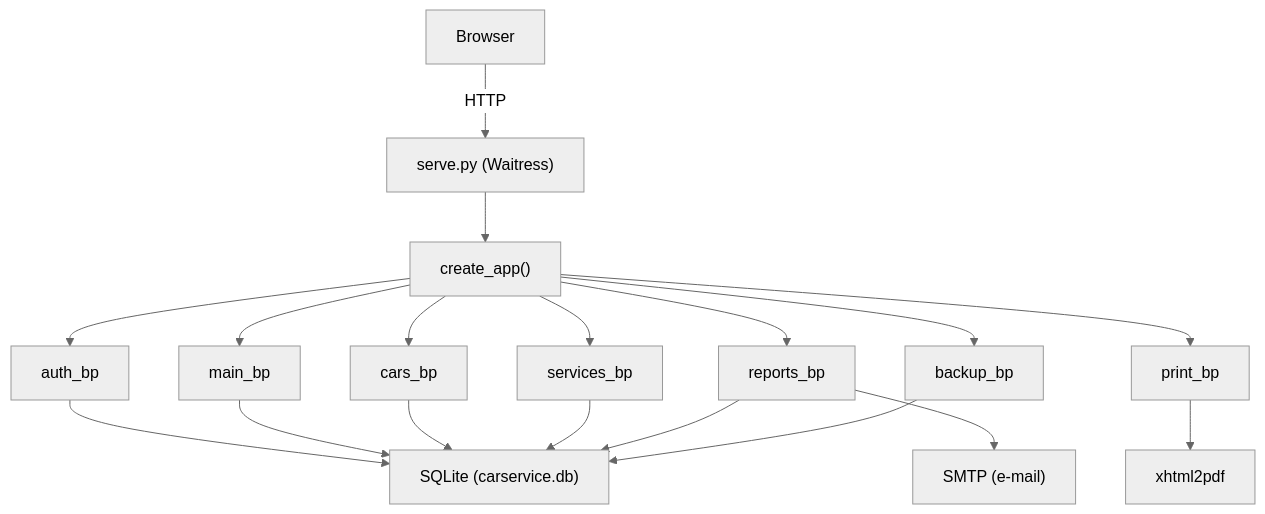
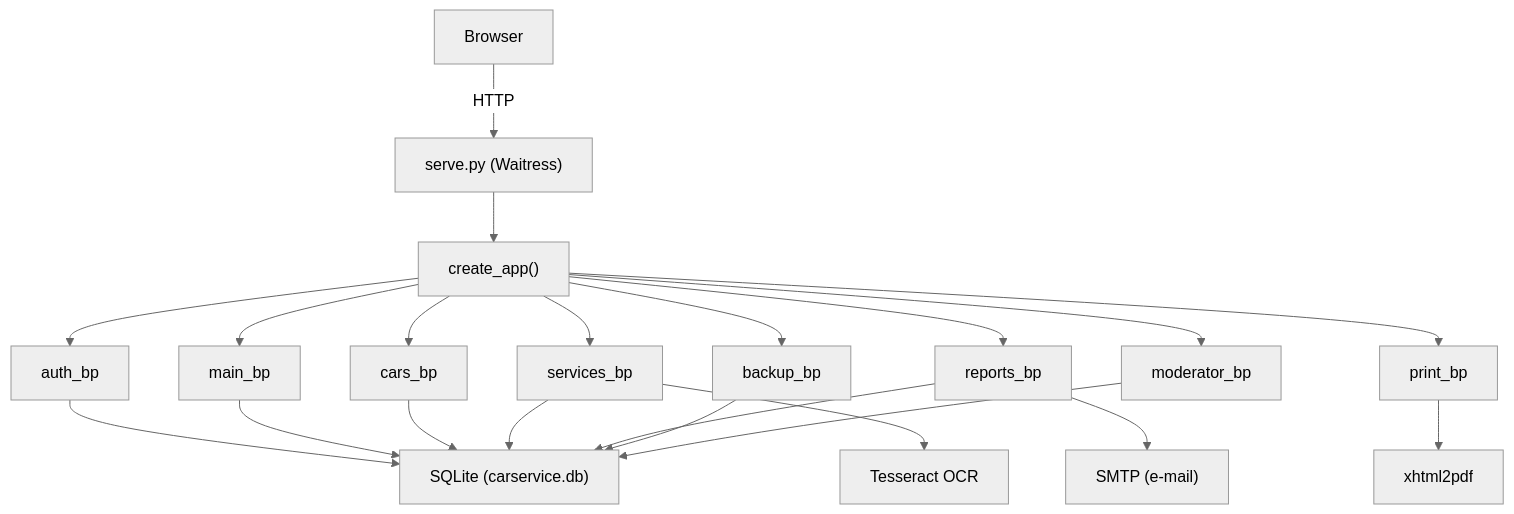
One commit to grga023/GaragePro changed the diagram in .vio/wiki/bundle/overview.md. Above: the diagram before and after it, drawn with Mermaid (neutral theme). The commit also changed other lines of this file and 50 other files, not shown here.

````diff
--- a/.vio/wiki/bundle/overview.md
+++ b/.vio/wiki/bundle/overview.md
@@ -51,20 +54,23 @@
 ```mermaid
 flowchart TD
     Client["Browser"] -->|HTTP| Waitress["serve.py (Waitress)"]
     Waitress --> AppFactory["create_app()"]
     AppFactory --> AuthBP["auth_bp"]
     AppFactory --> MainBP["main_bp"]
     AppFactory --> CarsBP["cars_bp"]
     AppFactory --> ServicesBP["services_bp"]
     AppFactory --> ReportsBP["reports_bp"]
     AppFactory --> PrintBP["print_bp"]
     AppFactory --> BackupBP["backup_bp"]
+    AppFactory --> ModeratorBP["moderator_bp"]
     AuthBP --> DB["SQLite (carservice.db)"]
     MainBP --> DB
     CarsBP --> DB
     ServicesBP --> DB
+    ServicesBP --> OCR["Tesseract OCR"]
     ReportsBP --> DB
     ReportsBP --> SMTP["SMTP (e-mail)"]
     PrintBP --> PDF["xhtml2pdf"]
     BackupBP --> DB
+    ModeratorBP --> DB
 ```
````
